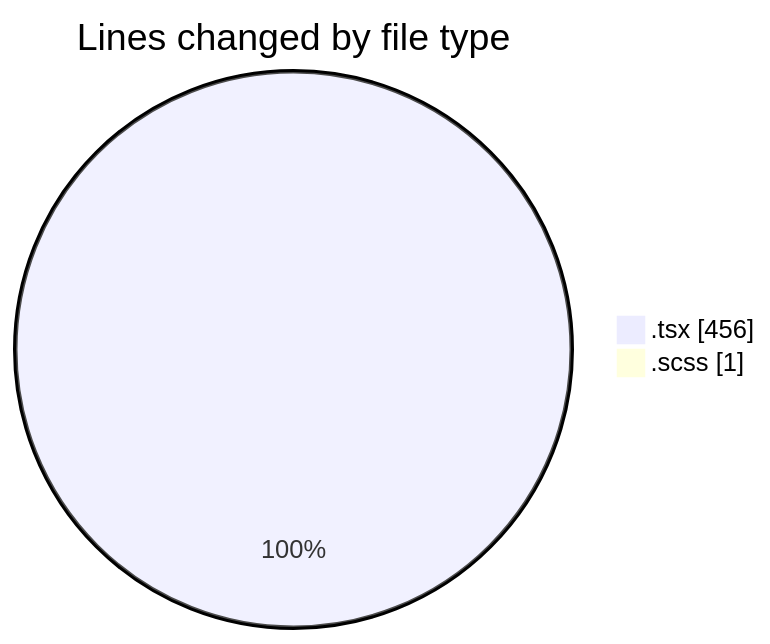
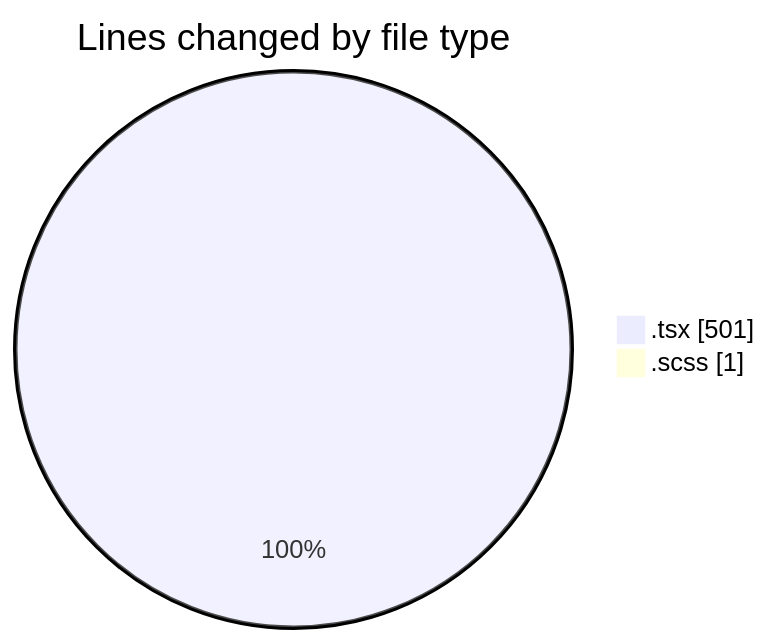
One commit to momahboobian/code-tracking changed the first of 2 diagrams in 2025-03-19/cda/README.md. Above: the diagram before and after it, drawn with Mermaid. The commit also changed other lines of this file and 1 other file, not shown here.

````diff
--- a/2025-03-19/cda/README.md
+++ b/2025-03-19/cda/README.md
@@ -23,6 +23,6 @@
 ```mermaid
 pie showData
 title Lines changed by file type
-".tsx" : 456
+".tsx" : 501
 ".scss" : 1
 ```
````
